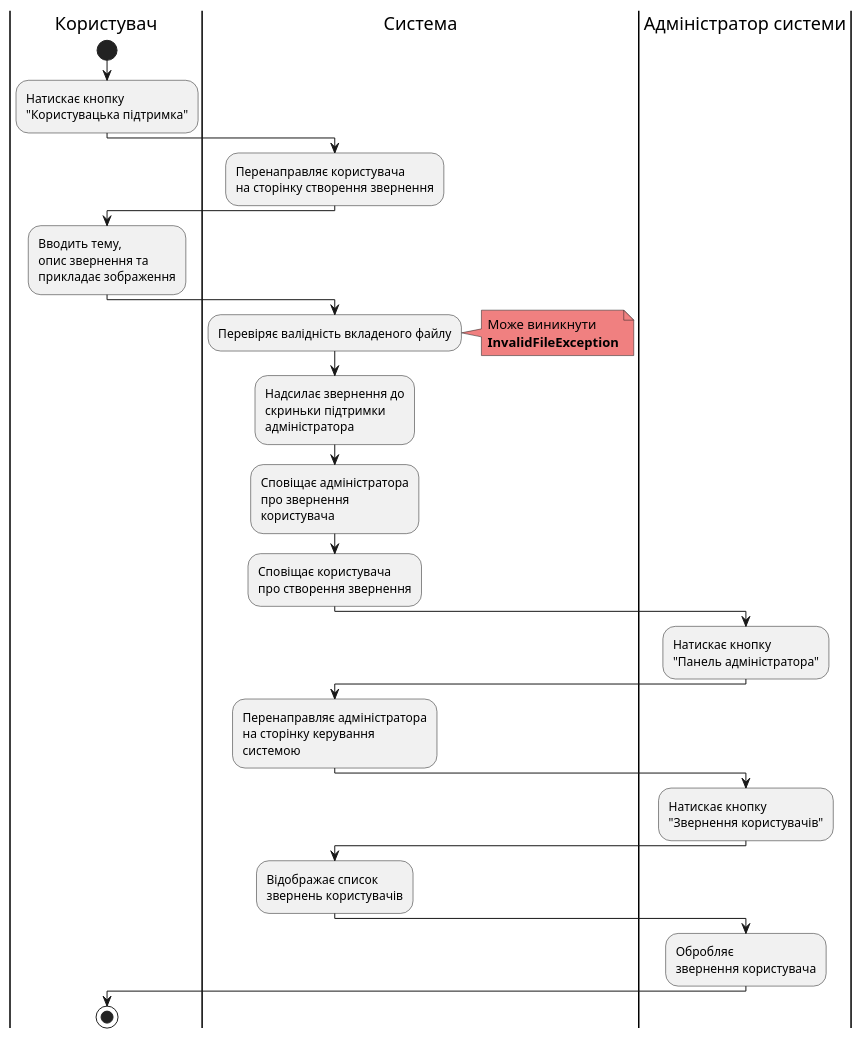
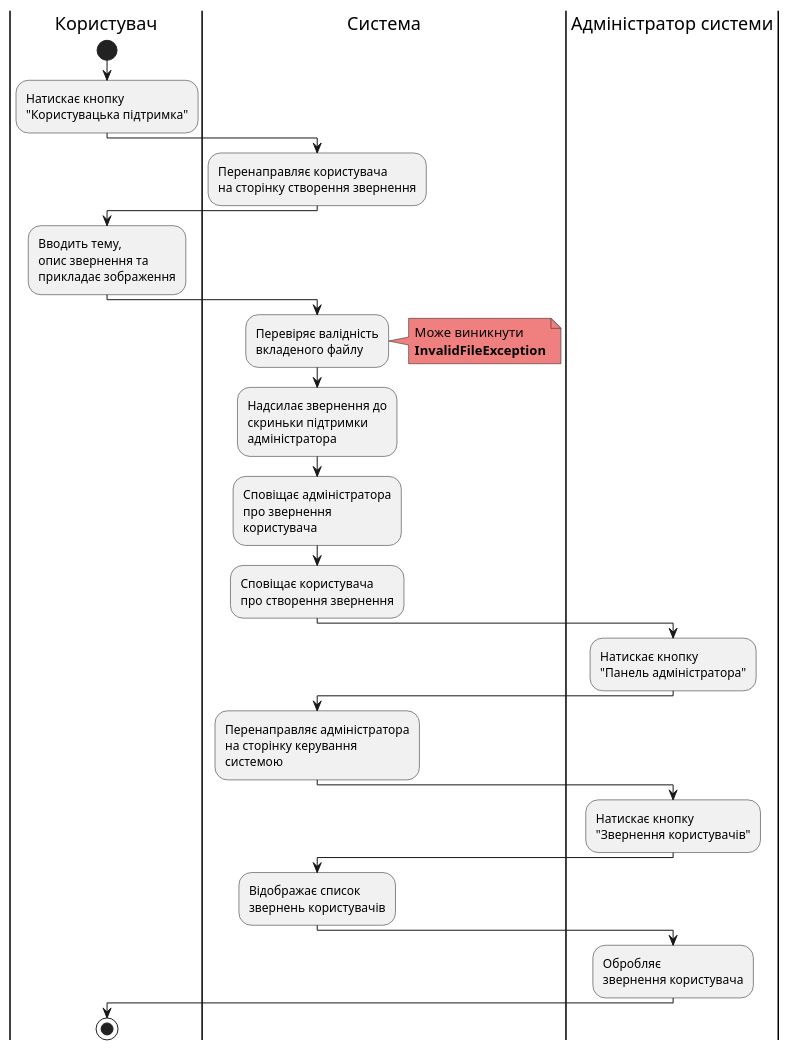
Diagram 23 of 23 in docs/use cases/README.md (samoilenkomariia/db-coursework), drawn with PlantUML before and after one commit.

```diff
--- a/docs/use cases/README.md
+++ b/docs/use cases/README.md
@@ -989,32 +989,32 @@
 @startuml
     
       |Користувач|
       start
       :Натискає кнопку\n"Користувацька підтримка";
       |Система|
       :Перенаправляє користувача\nна сторінку створення звернення;
       |Користувач|
       :Вводить тему,\nопис звернення та\nприкладає зображення;
       |Система|
-      :Перевіряє валідність вкладеного файлу;
-            note right #lightcoral
+      :Перевіряє валідність\nвкладеного файлу;
+      note right #lightcoral
         Може виникнути
         <b>InvalidFileException</b>
       end note
       :Надсилає звернення до\nскриньки підтримки\nадміністратора;
       :Сповіщає адміністратора\nпро звернення\nкористувача;
       :Сповіщає користувача\nпро створення звернення;
       |Адміністратор системи|
       :Натискає кнопку\n"Панель адміністратора";
       |Система|
       :Перенаправляє адміністратора\nна сторінку керування\nсистемою;
       |Адміністратор системи|
       :Натискає кнопку\n"Звернення користувачів";
       |Система|
       :Відображає список\nзвернень користувачів;
       |Адміністратор системи|
       :Обробляє\nзвернення користувача;
       |Користувач|
       stop
 
 @enduml
```
